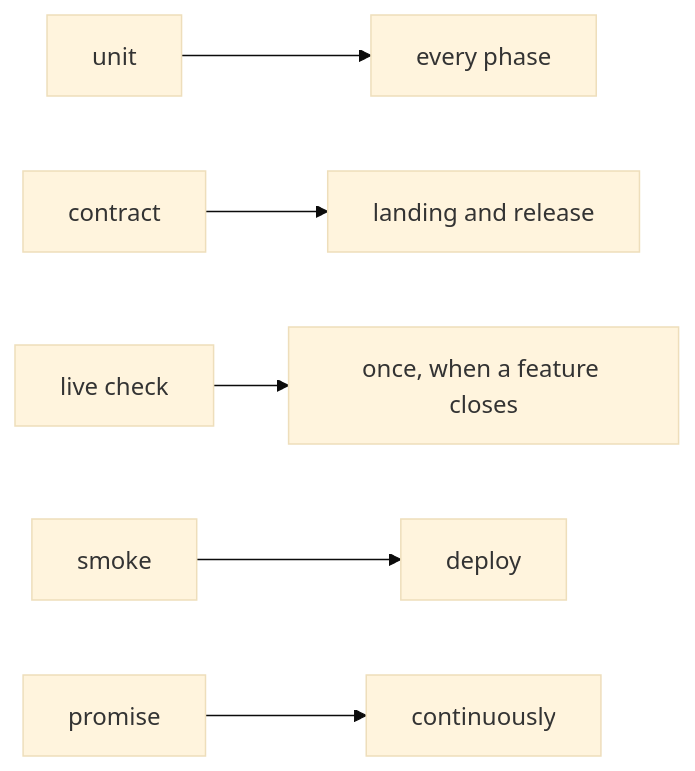
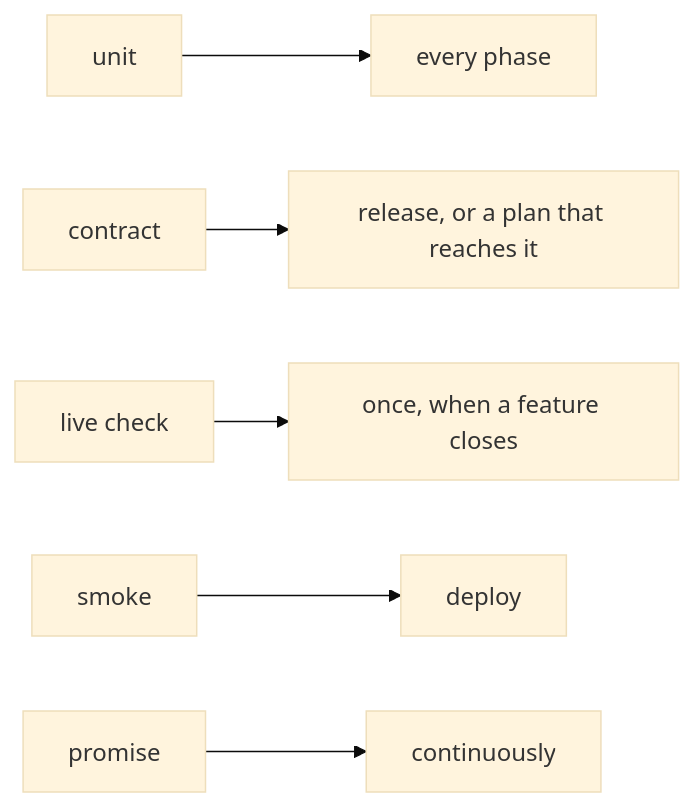
One commit to infinitedusky/indusk changed the diagram in apps/docs/src/guide/test-levels.md. Above: the diagram before and after it, drawn with Mermaid (base theme). The commit also changed other lines of this file and 3 other files, not shown here.

````diff
--- a/apps/docs/src/guide/test-levels.md
+++ b/apps/docs/src/guide/test-levels.md
@@ -20,8 +20,8 @@
 ```mermaid
 flowchart LR
   unit --> P[every phase]
-  contract --> L[landing and release]
+  contract --> L[release, or a plan that reaches it]
   live["live check"] --> F[once, when a feature closes]
   smoke --> D[deploy]
   promise --> C[continuously]
 ```
````
